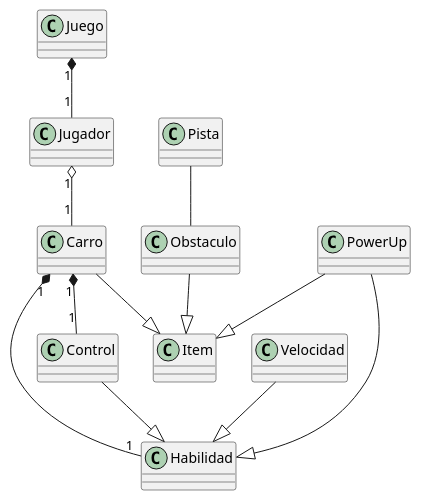
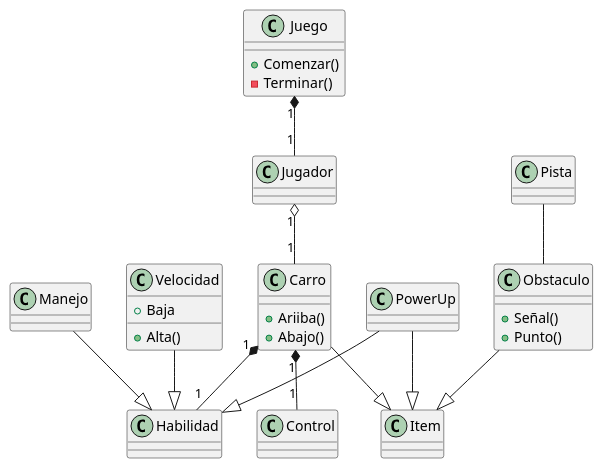
Before and after one commit to leofrancoceti/SpaceCar: the diagram in docs/SpaceCar.puml, drawn with PlantUML. The commit also changed 5 other files, not shown here.

```diff
--- a/docs/SpaceCar.puml
+++ b/docs/SpaceCar.puml
@@ -1,31 +1,45 @@
 @startuml SpaceCar
 
-class Juego
+class Juego{
+    + Comenzar()
+    - Terminar()
+}
 class Jugador
+class Habilidad
 
-class Habilidad
-class Velocidad
-class Control
+class Velocidad{
+    + Alta()
+    + Baja
+}
+class Manejo
+
 class PowerUp
 class Item
 
-class Carro
-class Obstaculo
+class Carro{
+    + Ariiba()
+    + Abajo()
+}
+class Obstaculo{
+    + Señal()
+    + Punto()
+}
 class Pista
 
 Juego "1" *-- "1" Jugador
 Jugador "1" o-- "1" Carro
 Carro "1" *-- "1" Habilidad
 Carro "1" *-- "1" Control
 
 Carro --|> Item
 PowerUp --|> Item
 Obstaculo --|> Item
 
 PowerUp --|> Habilidad
+Manejo --|> Habilidad
 Velocidad --|> Habilidad
-Control --|> Habilidad
 
 Pista -- Obstaculo
 
+
 @enduml
```
